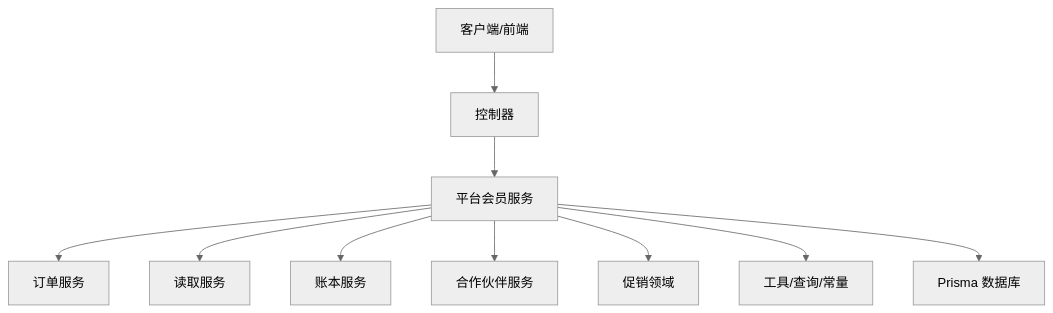
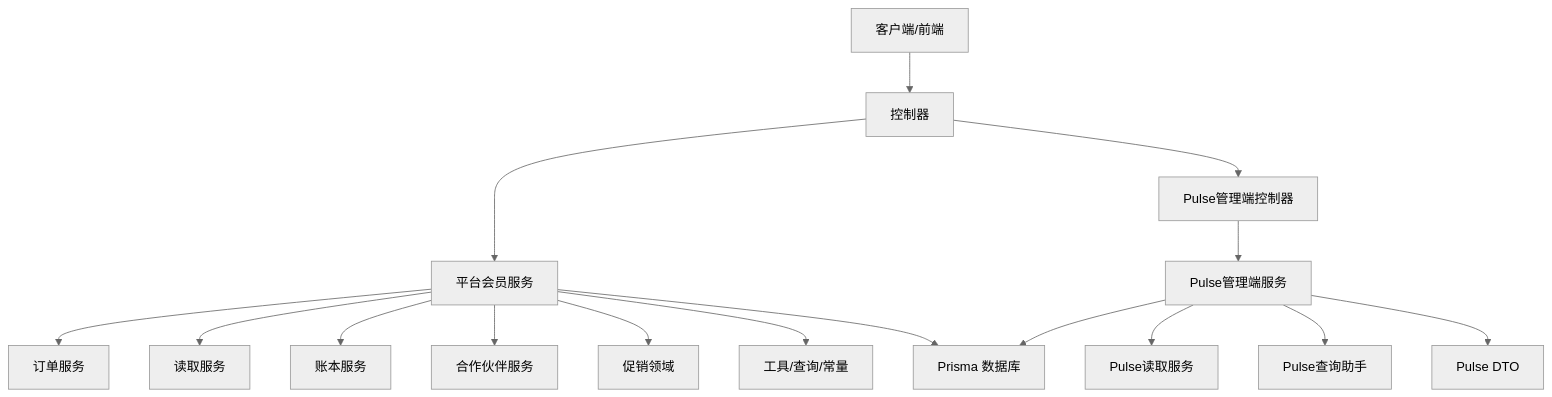
The second of 12 diagrams in .qoder/repowiki/zh/content/业务模块/会员管理模块/平台会员管理.md (rc558620/purelyprofit-server), drawn with Mermaid (neutral theme) before and after one commit. The commit also changed other lines of this file and 30 other files, not shown here.

````diff
--- a/.qoder/repowiki/zh/content/业务模块/会员管理模块/平台会员管理.md
+++ b/.qoder/repowiki/zh/content/业务模块/会员管理模块/平台会员管理.md
@@ -156,12 +152,18 @@
 ```mermaid
 graph TB
 Client["客户端/前端"] --> Ctrl["控制器"]
 Ctrl --> Svc["平台会员服务"]
+Ctrl --> PAC["Pulse管理端控制器"]
 Svc --> OrderSvc["订单服务"]
 Svc --> ReadSvc["读取服务"]
 Svc --> LedgerSvc["账本服务"]
 Svc --> PartnerSvc["合作伙伴服务"]
 Svc --> Promo["促销领域"]
 Svc --> Utils["工具/查询/常量"]
 Svc --> DB["Prisma 数据库"]
+PAC --> AdminSvc["Pulse管理端服务"]
+AdminSvc --> AdminReadSvc["Pulse读取服务"]
+AdminSvc --> AdminQueryHelper["Pulse查询助手"]
+AdminSvc --> AdminDTO["Pulse DTO"]
+AdminSvc --> DB
 ```
````
